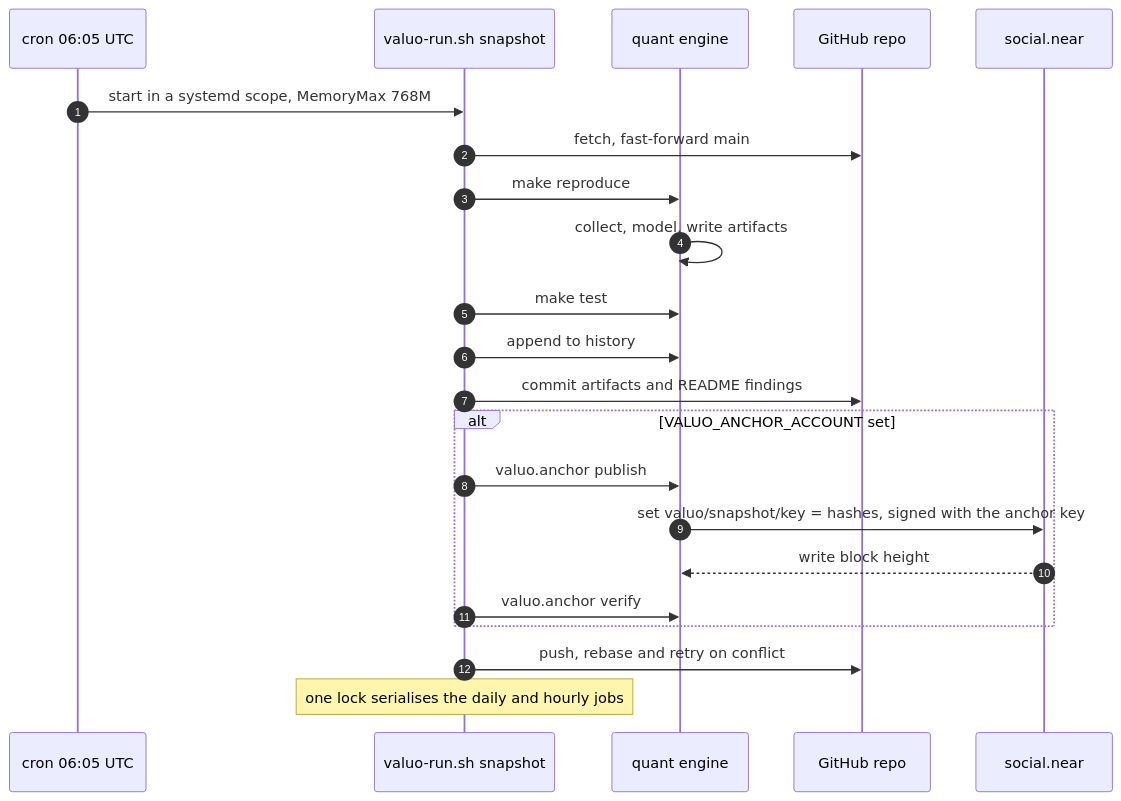
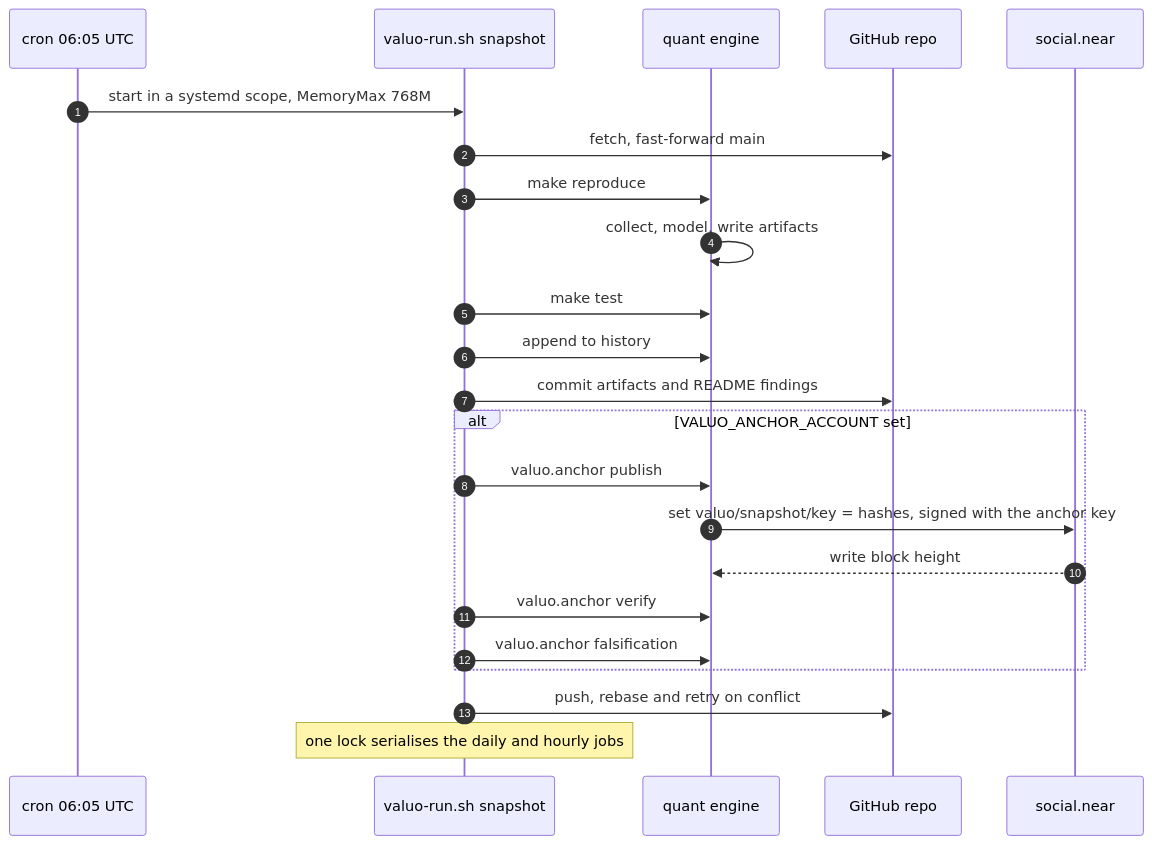
One commit to bigmantech001/valuo changed the fourth of 7 diagrams in README.md. Above: the diagram before and after it, drawn with Mermaid. The commit also changed other lines of this file and 26 other files, not shown here.

````diff
--- a/README.md
+++ b/README.md
@@ -175,24 +175,25 @@
 ```mermaid
 sequenceDiagram
   autonumber
   participant Cron as cron 06:05 UTC
   participant Job as valuo-run.sh snapshot
   participant Q as quant engine
   participant Git as GitHub repo
   participant Soc as social.near
   Cron->>Job: start in a systemd scope, MemoryMax 768M
   Job->>Git: fetch, fast-forward main
   Job->>Q: make reproduce
   Q->>Q: collect, model, write artifacts
   Job->>Q: make test
   Job->>Q: append to history
   Job->>Git: commit artifacts and README findings
   alt VALUO_ANCHOR_ACCOUNT set
     Job->>Q: valuo.anchor publish
     Q->>Soc: set valuo/snapshot/key = hashes, signed with the anchor key
     Soc-->>Q: write block height
     Job->>Q: valuo.anchor verify
+    Job->>Q: valuo.anchor falsification
   end
   Job->>Git: push, rebase and retry on conflict
   Note over Job: one lock serialises the daily and hourly jobs
 ```
````
